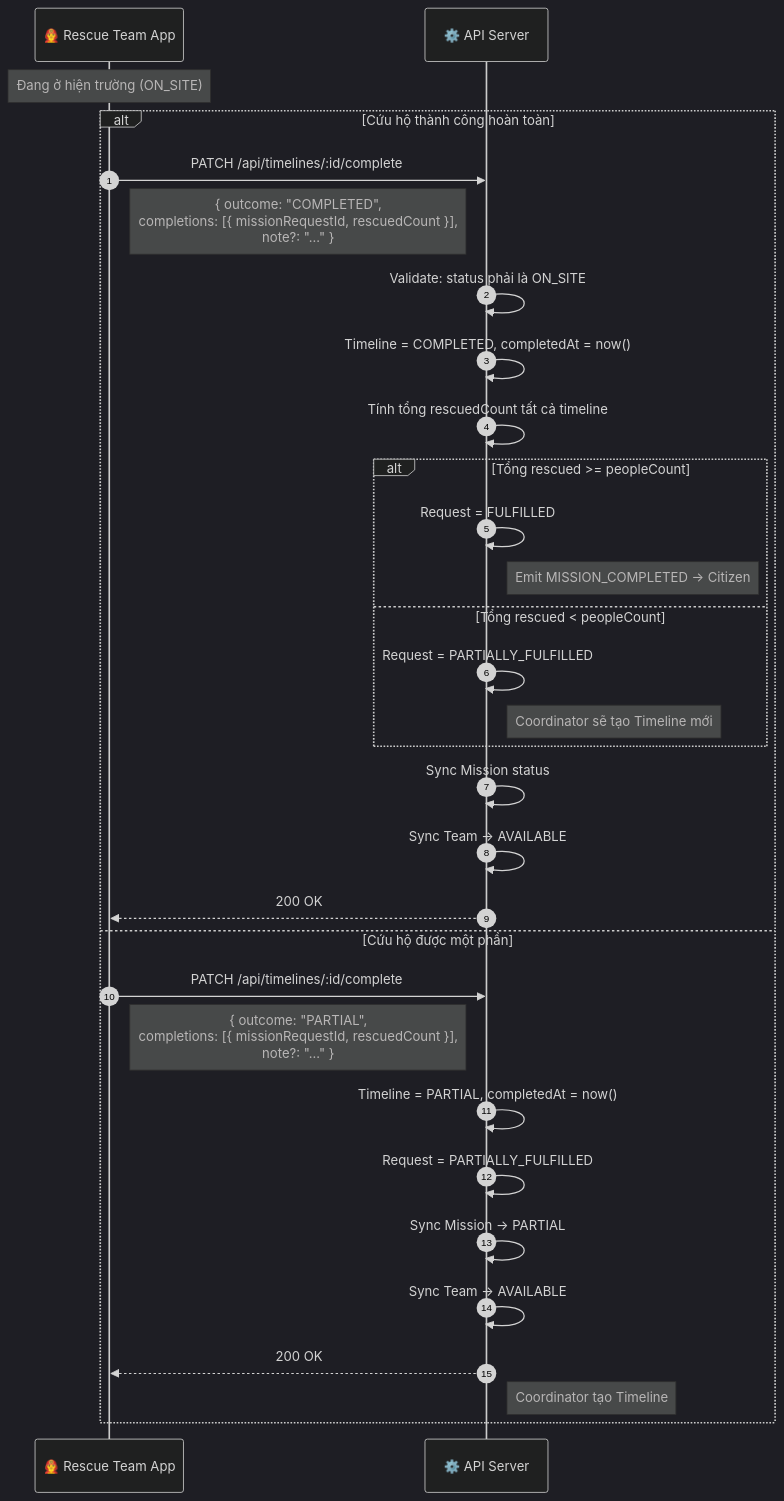
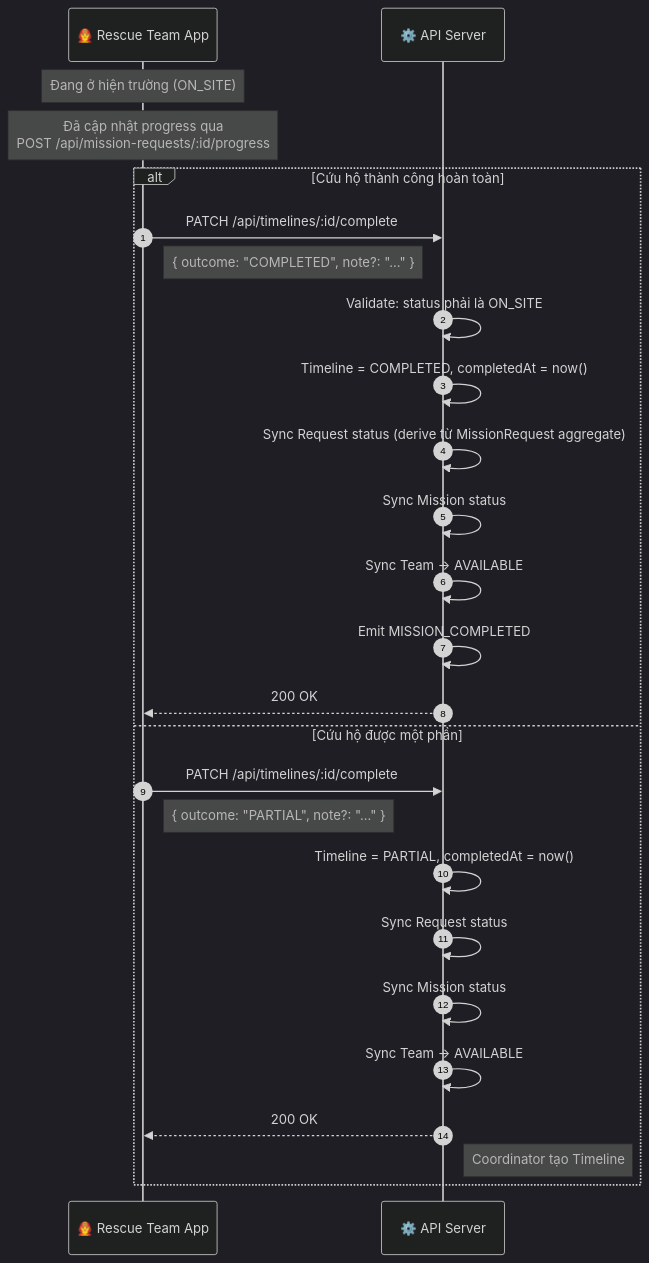
One commit to phuonganh1609/flood_rescue changed the sixth of 10 diagrams in docs/flows/Team_flows.md. Above: the diagram before and after it, drawn with Mermaid (dark theme). The commit also changed other lines of this file and 14 other files, not shown here.

Commit message:
feat(teamRequest): cho phép team update progress theo từng request trong 1 mission. thêmc n thứ logic. đã test

````diff
--- a/docs/flows/Team_flows.md
+++ b/docs/flows/Team_flows.md
@@ -188,40 +190,33 @@
 ```mermaid
 sequenceDiagram
     autonumber
     participant Team as 👨‍🚒 Rescue Team App
     participant API as ⚙️ API Server
 
     Note over Team: Đang ở hiện trường (ON_SITE)
+    Note over Team: Đã cập nhật progress qua<br/>POST /api/mission-requests/:id/progress
 
     alt Cứu hộ thành công hoàn toàn
         Team->>API: PATCH /api/timelines/:id/complete
-        Note right of Team: { outcome: "COMPLETED",<br/>completions: [{ missionRequestId, rescuedCount }],<br/>note?: "..." }
+        Note right of Team: { outcome: "COMPLETED", note?: "..." }
 
         API->>API: Validate: status phải là ON_SITE
         API->>API: Timeline = COMPLETED, completedAt = now()
-        API->>API: Tính tổng rescuedCount tất cả timeline
-
-        alt Tổng rescued >= peopleCount
-            API->>API: Request = FULFILLED
-            Note right of API: Emit MISSION_COMPLETED → Citizen
-        else Tổng rescued < peopleCount
-            API->>API: Request = PARTIALLY_FULFILLED
-            Note right of API: Coordinator sẽ tạo Timeline mới
-        end
-
+        API->>API: Sync Request status (derive từ MissionRequest aggregate)
         API->>API: Sync Mission status
         API->>API: Sync Team → AVAILABLE
+        API->>API: Emit MISSION_COMPLETED
         API-->>Team: 200 OK
 
     else Cứu hộ được một phần
         Team->>API: PATCH /api/timelines/:id/complete
-        Note right of Team: { outcome: "PARTIAL",<br/>completions: [{ missionRequestId, rescuedCount }],<br/>note?: "..." }
+        Note right of Team: { outcome: "PARTIAL", note?: "..." }
 
         API->>API: Timeline = PARTIAL, completedAt = now()
-        API->>API: Request = PARTIALLY_FULFILLED
-        API->>API: Sync Mission → PARTIAL
+        API->>API: Sync Request status
+        API->>API: Sync Mission status
         API->>API: Sync Team → AVAILABLE
         API-->>Team: 200 OK
         Note right of API: Coordinator tạo Timeline #2 cho team mới
     end
 ```
````
